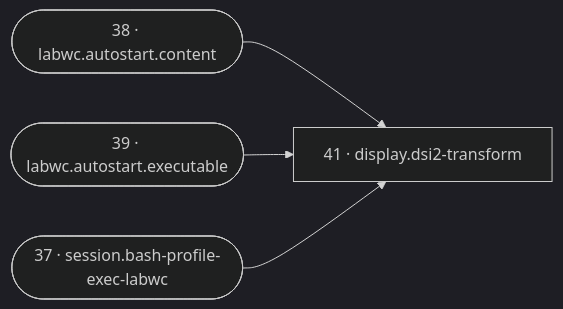
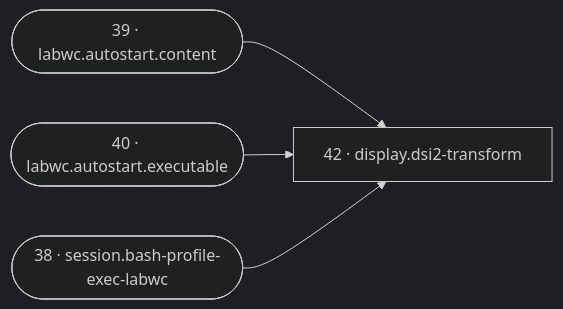
Diagram 13 of 21 in reference/reconcile-dag.md (SixFive7/FrameLink), drawn with Mermaid (dark theme) before and after one commit. The commit also changed other lines of this file and 5 other files, not shown here.

````diff
--- a/reference/reconcile-dag.md
+++ b/reference/reconcile-dag.md
@@ -398,10 +400,10 @@
 ```mermaid
 flowchart LR
-  r41["41 · display.dsi2-transform"]
-  r37(["37 · session.bash-profile-exec-labwc"])
-  r38(["38 · labwc.autostart.content"])
-  r39(["39 · labwc.autostart.executable"])
-  r38 --> r41
-  r39 --> r41
-  r37 --> r41
+  r42["42 · display.dsi2-transform"]
+  r38(["38 · session.bash-profile-exec-labwc"])
+  r39(["39 · labwc.autostart.content"])
+  r40(["40 · labwc.autostart.executable"])
+  r39 --> r42
+  r40 --> r42
+  r38 --> r42
 ```
````
